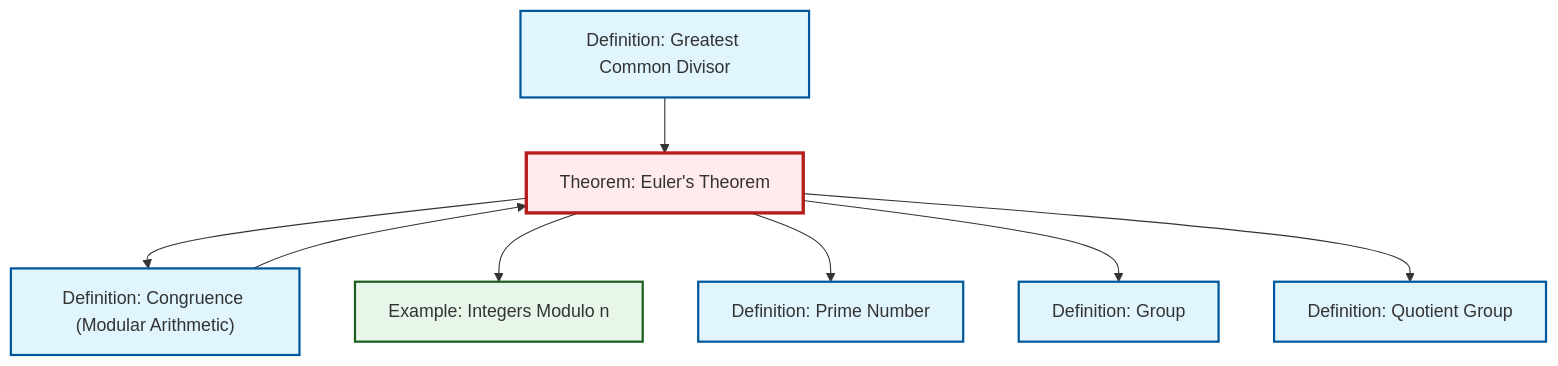
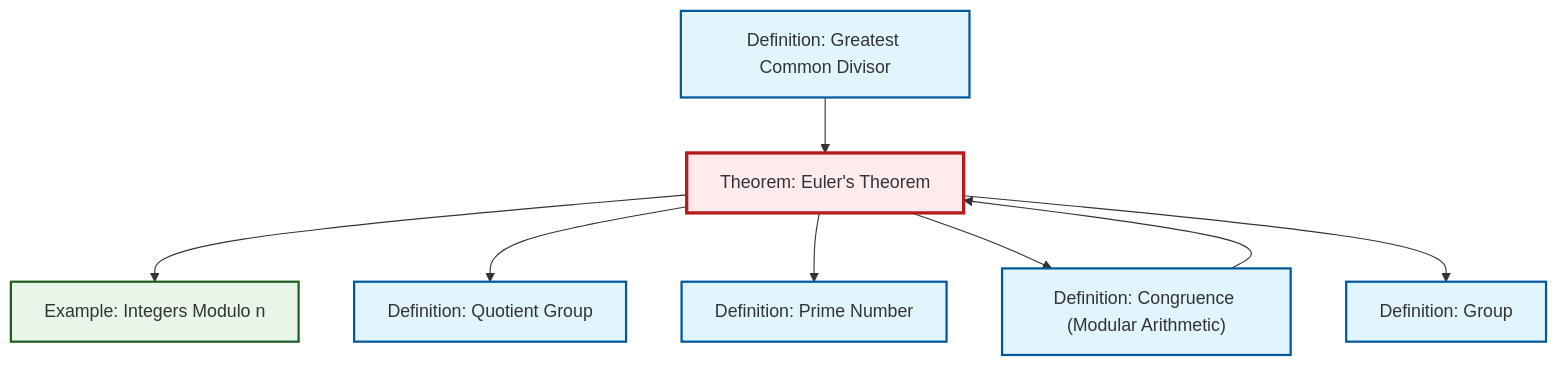
The diagram in content/en/number-theory/thm-euler.qmd (RK0429/ModernMath), drawn with Mermaid before and after one commit. The commit also changed other lines of this file and 434 other files, not shown here.

````diff
--- a/content/en/number-theory/thm-euler.qmd
+++ b/content/en/number-theory/thm-euler.qmd
@@ -52,30 +52,30 @@
 ```{mermaid}
 %%| fig-cap: "Local dependency graph"
 graph TD
     classDef definition fill:#e1f5fe,stroke:#01579b,stroke-width:2px
     classDef theorem fill:#f3e5f5,stroke:#4a148c,stroke-width:2px
     classDef axiom fill:#fff3e0,stroke:#e65100,stroke-width:2px
     classDef example fill:#e8f5e9,stroke:#1b5e20,stroke-width:2px
     classDef current fill:#ffebee,stroke:#b71c1c,stroke-width:3px
+    ex-quotient-integers-mod-n["Example: Integers Modulo n"]:::example
+    def-group["Definition: Group"]:::definition
+    def-prime["Definition: Prime Number"]:::definition
+    def-quotient-group["Definition: Quotient Group"]:::definition
     def-gcd["Definition: Greatest Common Divisor"]:::definition
     thm-euler["Theorem: Euler's Theorem"]:::theorem
-    ex-quotient-integers-mod-n["Example: Integers Modulo n"]:::example
-    def-quotient-group["Definition: Quotient Group"]:::definition
-    def-group["Definition: Group"]:::definition
     def-congruence["Definition: Congruence (Modular Arithmetic)"]:::definition
-    def-prime["Definition: Prime Number"]:::definition
     def-gcd --> thm-euler
+    thm-euler --> ex-quotient-integers-mod-n
+    thm-euler --> def-quotient-group
+    thm-euler --> def-prime
     thm-euler --> def-congruence
-    thm-euler --> ex-quotient-integers-mod-n
-    thm-euler --> def-prime
     def-congruence --> thm-euler
     thm-euler --> def-group
-    thm-euler --> def-quotient-group
     class thm-euler current
+    click ex-quotient-integers-mod-n "ex-quotient-integers-mod-n.html" "Go to Integers Modulo n example"
+    click def-group "def-group.html" "Go to Group definition"
+    click def-prime "def-prime.html" "Go to Prime Number definition"
+    click def-quotient-group "def-quotient-group.html" "Go to Quotient Group definition"
     click def-gcd "def-gcd.html" "Go to Greatest Common Divisor definition"
-    click ex-quotient-integers-mod-n "ex-quotient-integers-mod-n.html" "Go to Integers Modulo n example"
-    click def-quotient-group "def-quotient-group.html" "Go to Quotient Group definition"
-    click def-group "def-group.html" "Go to Group definition"
     click def-congruence "def-congruence.html" "Go to Congruence (Modular Arithmetic) definition"
-    click def-prime "def-prime.html" "Go to Prime Number definition"
 ```
````
